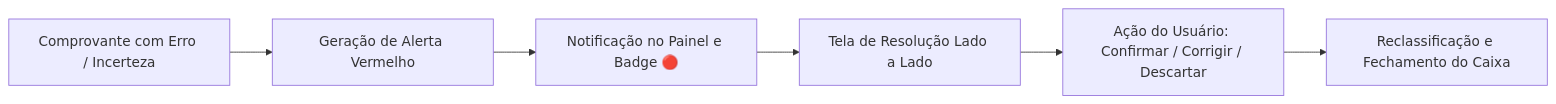
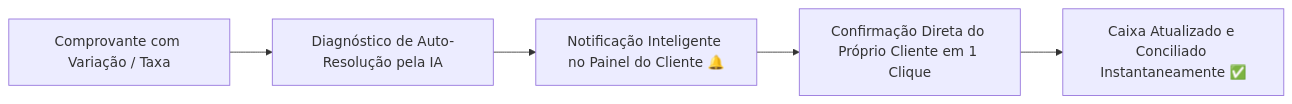
The second of 3 diagrams in docs/arquitetura.md (lucassantos825/meu-app-bpo), drawn with Mermaid before and after one commit. The commit also changed other lines of this file and 8 other files, not shown here.

````diff
--- a/docs/arquitetura.md
+++ b/docs/arquitetura.md
@@ -41,8 +43,7 @@
 ```mermaid
 flowchart LR
-    A["Comprovante com Erro / Incerteza"] --> B["Geração de Alerta Vermelho"]
-    B --> C["Notificação no Painel e Badge 🔴"]
-    C --> D["Tela de Resolução Lado a Lado"]
-    D --> E["Ação do Usuário: Confirmar / Corrigir / Descartar"]
-    E --> F["Reclassificação e Fechamento do Caixa"]
+    A["Comprovante com Variação / Taxa"] --> B["Diagnóstico de Auto-Resolução pela IA"]
+    B --> C["Notificação Inteligente no Painel do Cliente 🔔"]
+    C --> D["Confirmação Direta do Próprio Cliente em 1 Clique"]
+    D --> E["Caixa Atualizado e Conciliado Instantaneamente ✅"]
 ```
````
